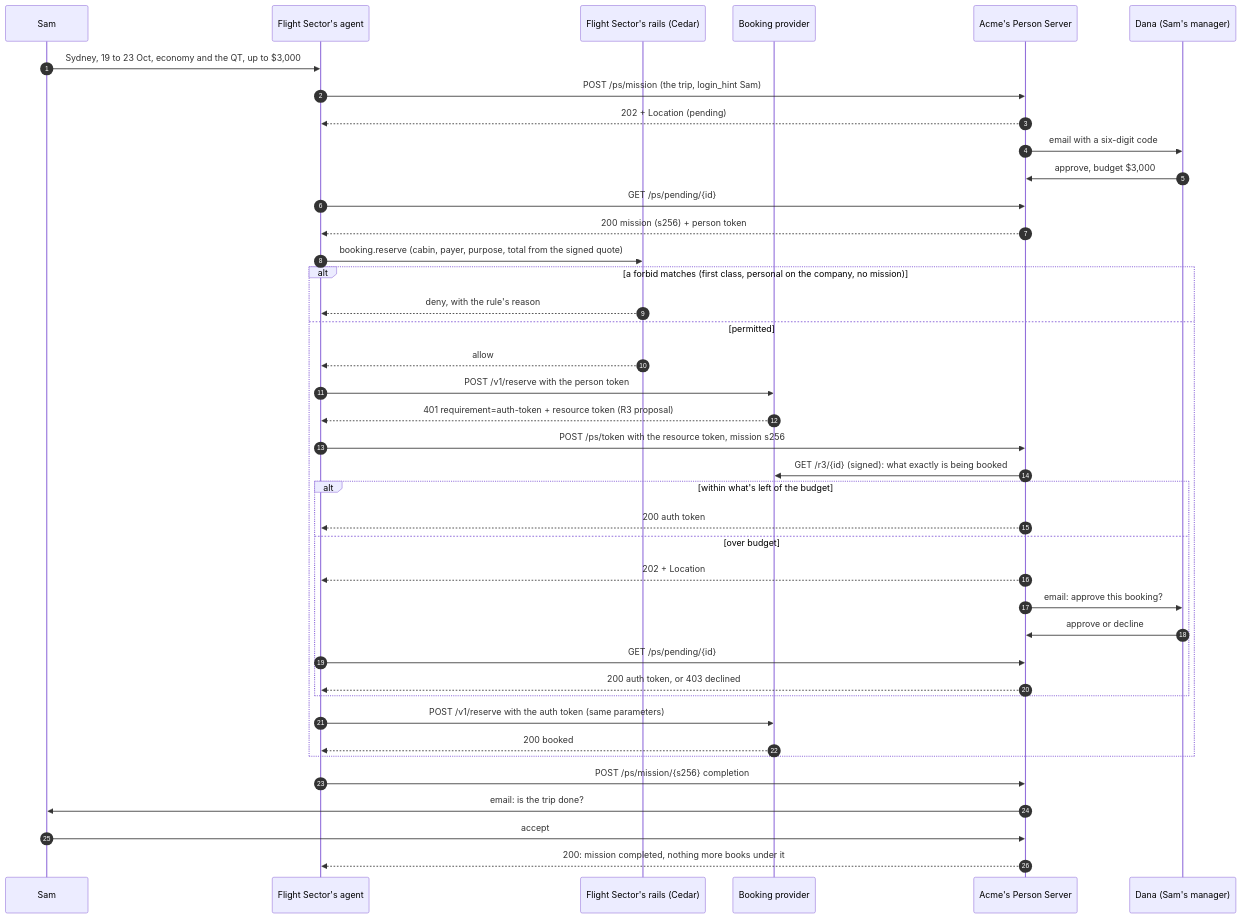
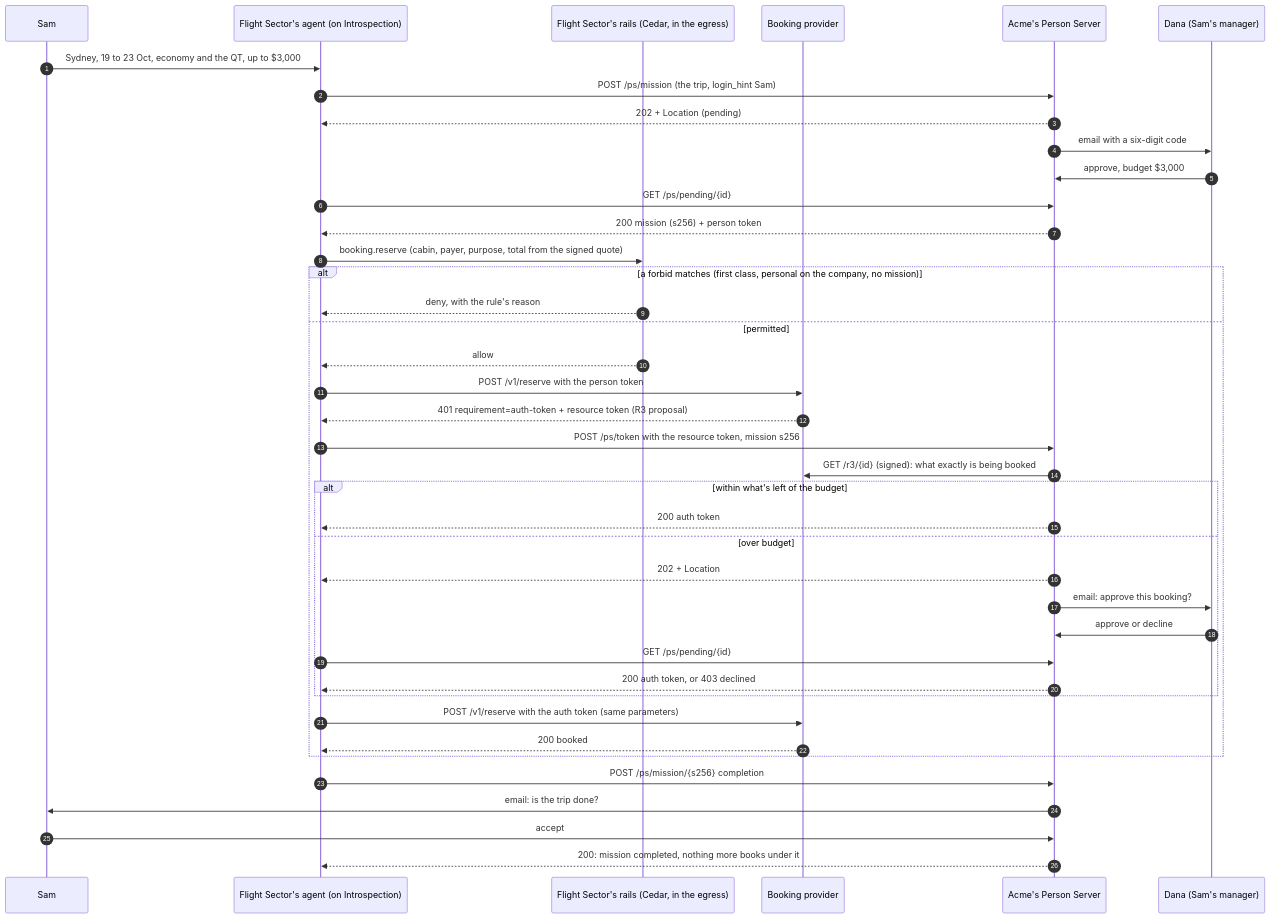
The diagram in examples/aauth-travel/README.md (introspection-org/introspection-js-sdk), drawn with Mermaid before and after one commit. The commit also changed other lines of this file and 23 other files, not shown here.

First line of the commit message:
feat(aauth-travel): the demo page runs the travel-agent recipe on Introspection

````diff
--- a/examples/aauth-travel/README.md
+++ b/examples/aauth-travel/README.md
@@ -35,45 +35,45 @@
 ```mermaid
 sequenceDiagram
     autonumber
     participant Sam
-    participant Agent as Flight Sector's agent
-    participant Rails as Flight Sector's rails (Cedar)
+    participant Agent as Flight Sector's agent (on Introspection)
+    participant Rails as Flight Sector's rails (Cedar, in the egress)
     participant Booking as Booking provider
     participant Acme as Acme's Person Server
     participant Dana as Dana (Sam's manager)
 
     Sam->>Agent: Sydney, 19 to 23 Oct, economy and the QT, up to $3,000
     Agent->>Acme: POST /ps/mission (the trip, login_hint Sam)
     Acme-->>Agent: 202 + Location (pending)
     Acme->>Dana: email with a six-digit code
     Dana->>Acme: approve, budget $3,000
     Agent->>Acme: GET /ps/pending/{id}
     Acme-->>Agent: 200 mission (s256) + person token
 
     Agent->>Rails: booking.reserve (cabin, payer, purpose, total from the signed quote)
     alt a forbid matches (first class, personal on the company, no mission)
         Rails-->>Agent: deny, with the rule's reason
     else permitted
         Rails-->>Agent: allow
         Agent->>Booking: POST /v1/reserve with the person token
         Booking-->>Agent: 401 requirement=auth-token + resource token (R3 proposal)
         Agent->>Acme: POST /ps/token with the resource token, mission s256
         Acme->>Booking: GET /r3/{id} (signed): what exactly is being booked
         alt within what's left of the budget
             Acme-->>Agent: 200 auth token
         else over budget
             Acme-->>Agent: 202 + Location
             Acme->>Dana: email: approve this booking?
             Dana->>Acme: approve or decline
             Agent->>Acme: GET /ps/pending/{id}
             Acme-->>Agent: 200 auth token, or 403 declined
         end
         Agent->>Booking: POST /v1/reserve with the auth token (same parameters)
         Booking-->>Agent: 200 booked
     end
 
     Agent->>Acme: POST /ps/mission/{s256} completion
     Acme->>Sam: email: is the trip done?
     Sam->>Acme: accept
     Acme-->>Agent: 200: mission completed, nothing more books under it
 ```
````
